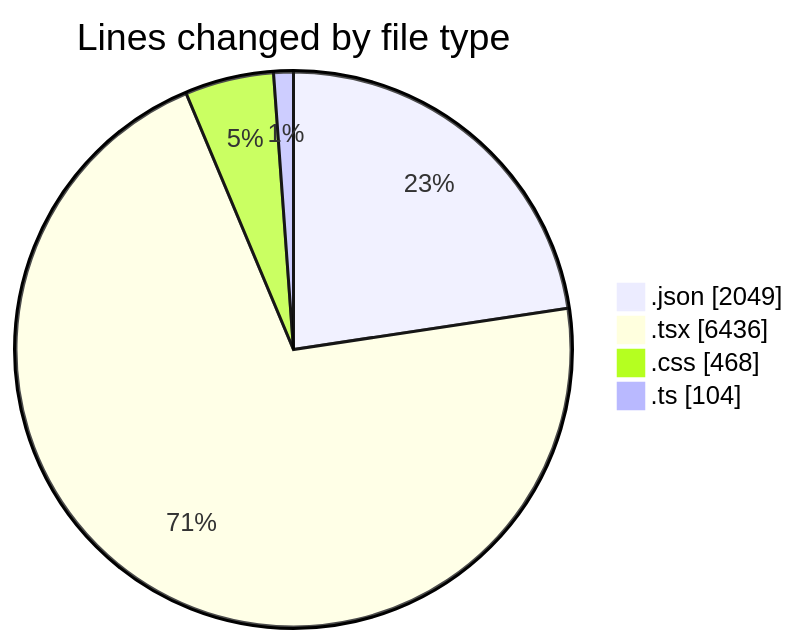
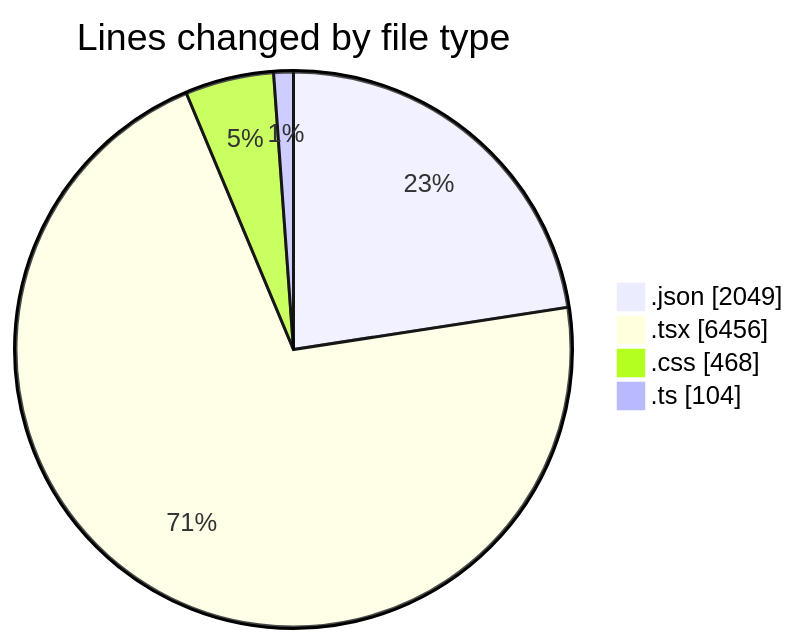
One commit to EIIisD/code-tracking changed the first of 2 diagrams in 2025-08-14/ribbon/README.md. Above: the diagram before and after it, drawn with Mermaid. The commit also changed other lines of this file and 1 other file, not shown here.

````diff
--- a/2025-08-14/ribbon/README.md
+++ b/2025-08-14/ribbon/README.md
@@ -29,8 +29,8 @@
 ```mermaid
 pie showData
 title Lines changed by file type
 ".json" : 2049
-".tsx" : 6436
+".tsx" : 6456
 ".css" : 468
 ".ts" : 104
 ```
````
